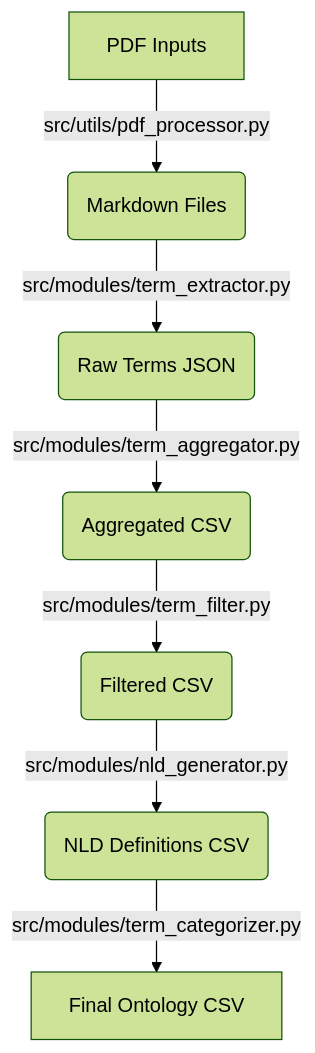
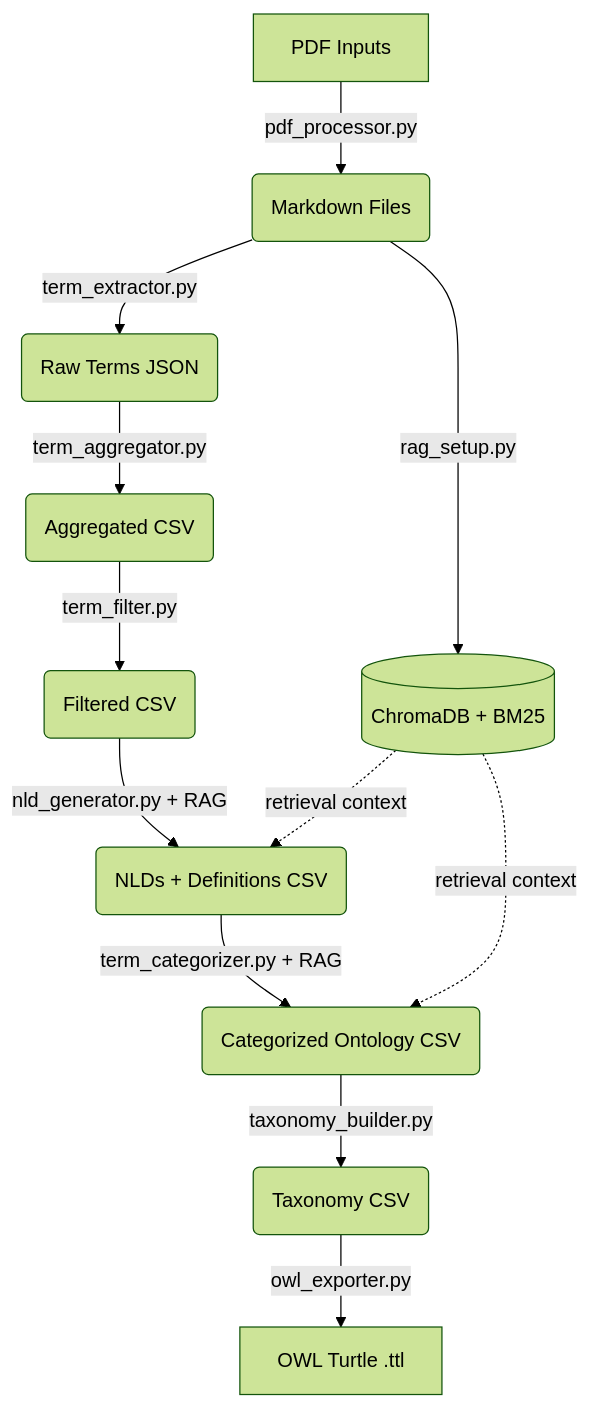
One commit to martinstroher/Pipeline_2 changed the diagram in docs/CONTEXT.md. Above: the diagram before and after it, drawn with Mermaid (forest theme). The commit also changed other lines of this file and 3 other files, not shown here.

````diff
--- a/docs/CONTEXT.md
+++ b/docs/CONTEXT.md
@@ -10,9 +8,14 @@
 ```mermaid
 graph TD
-    A[PDF Inputs] -->|src/utils/pdf_processor.py| B(Markdown Files)
-    B -->|src/modules/term_extractor.py| C(Raw Terms JSON)
-    C -->|src/modules/term_aggregator.py| D(Aggregated CSV)
-    D -->|src/modules/term_filter.py| E(Filtered CSV)
-    E -->|src/modules/nld_generator.py| F(NLD Definitions CSV)
-    F -->|src/modules/term_categorizer.py| G[Final Ontology CSV]
+    A[PDF Inputs] -->|pdf_processor.py| B(Markdown Files)
+    B -->|rag_setup.py| C[(ChromaDB + BM25)]
+    B -->|term_extractor.py| D(Raw Terms JSON)
+    D -->|term_aggregator.py| E(Aggregated CSV)
+    E -->|term_filter.py| F(Filtered CSV)
+    F -->|nld_generator.py + RAG| G(NLDs + Definitions CSV)
+    G -->|term_categorizer.py + RAG| H(Categorized Ontology CSV)
+    H -->|taxonomy_builder.py| I(Taxonomy CSV)
+    I -->|owl_exporter.py| J[OWL Turtle .ttl]
+    C -.->|retrieval context| G
+    C -.->|retrieval context| H
 ```
````
